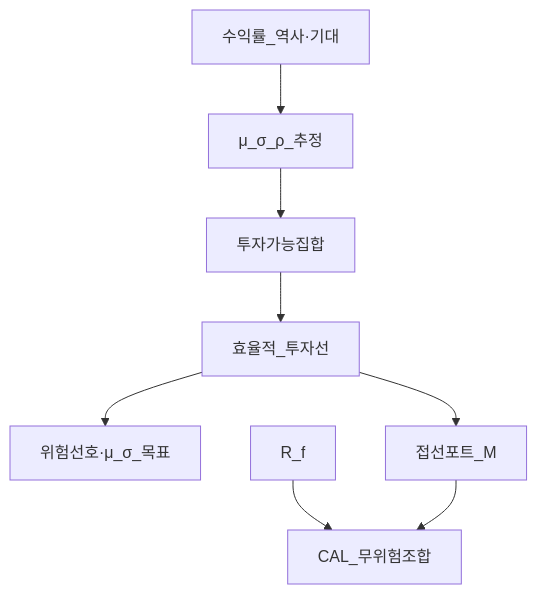
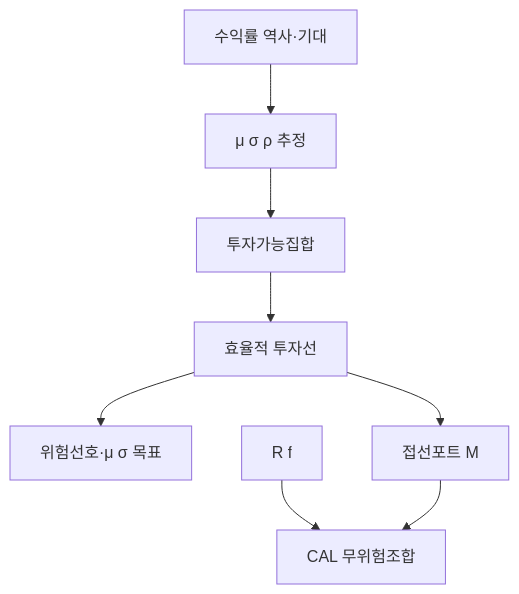
One commit to goldanghenry/Finances changed the first of 3 diagrams in 04-portfolio/portfolio-theory-mpt.md. Above: the diagram before and after it, drawn with Mermaid. The commit also changed other lines of this file and 211 other files, not shown here.

````diff
--- a/04-portfolio/portfolio-theory-mpt.md
+++ b/04-portfolio/portfolio-theory-mpt.md
@@ -119,10 +122,10 @@
 ```mermaid
 flowchart TD
-  Data[수익률_역사·기대] --> Est[μ_σ_ρ_추정]
+  Data["수익률 역사·기대"] --> Est["μ σ ρ 추정"]
   Est --> Feas[투자가능집합]
-  Feas --> EF[효율적_투자선]
-  EF --> Pref[위험선호·μ_σ_목표]
-  Rf[R_f] --> CAL[CAL_무위험조합]
-  EF --> Tan[접선포트_M]
+  Feas --> EF["효율적 투자선"]
+  EF --> Pref["위험선호·μ σ 목표"]
+  Rf["R f"] --> CAL["CAL 무위험조합"]
+  EF --> Tan["접선포트 M"]
   Tan --> CAL
 ```
````
